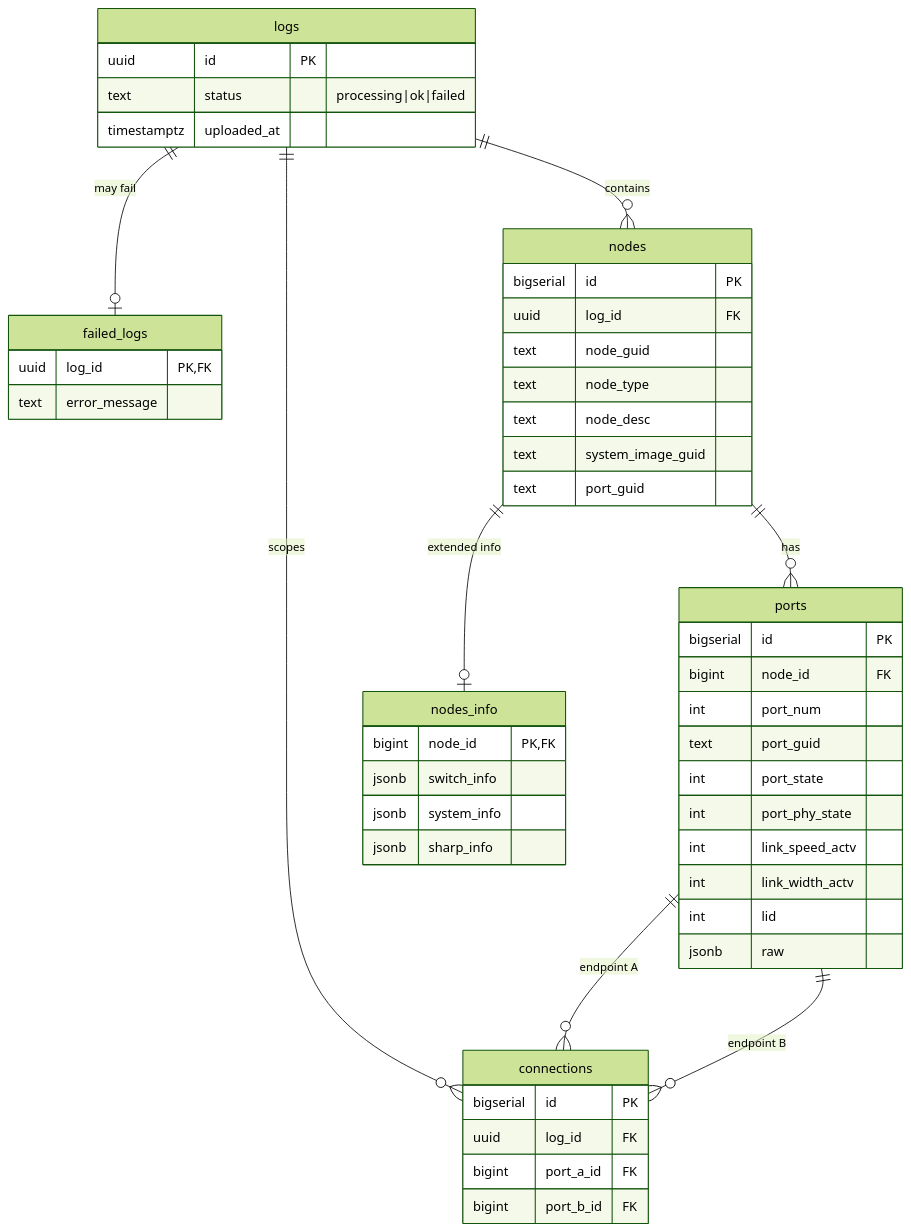
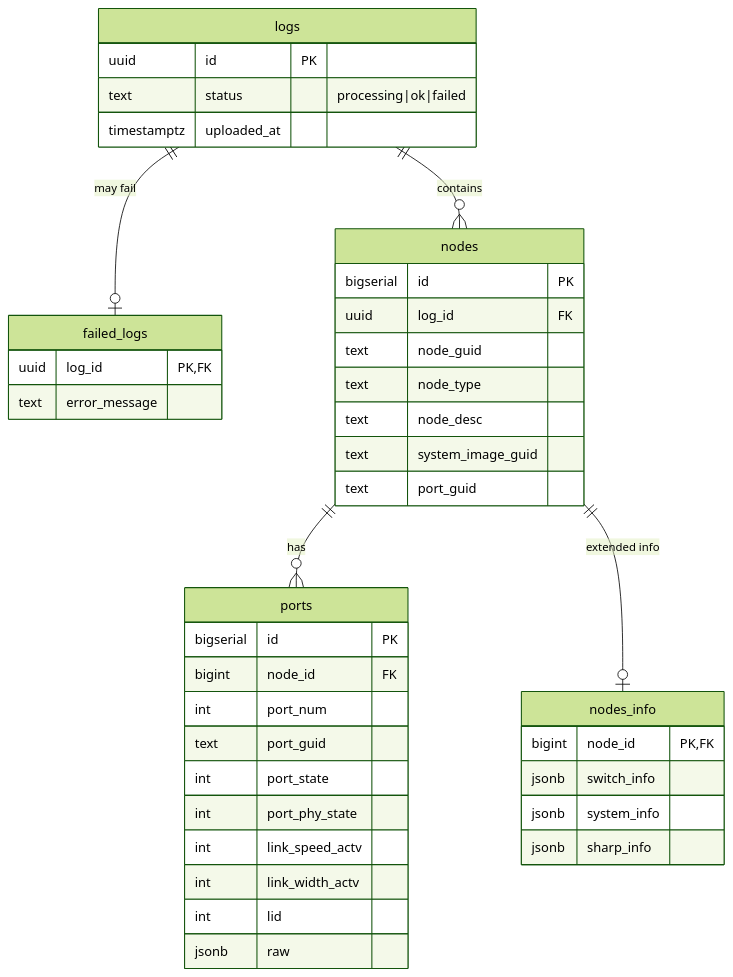
The diagram in docs/erd.md (6ermvH/log-parser), drawn with Mermaid (forest theme) before and after one commit. The commit also changed 2 other files, not shown here.

Commit message:
docs(c3-components, erd, sequences): remove connections entity

````diff
--- a/docs/erd.md
+++ b/docs/erd.md
@@ -3,58 +3,48 @@
 ```mermaid
 erDiagram
     logs ||--o| failed_logs : "may fail"
     logs ||--o{ nodes : "contains"
-    logs ||--o{ connections : "scopes"
     nodes ||--o{ ports : "has"
     nodes ||--o| nodes_info : "extended info"
-    ports ||--o{ connections : "endpoint A"
-    ports ||--o{ connections : "endpoint B"
 
     logs {
         uuid id PK
         text status "processing|ok|failed"
         timestamptz uploaded_at
     }
 
     failed_logs {
         uuid log_id PK,FK
         text error_message
     }
 
     nodes {
         bigserial id PK
         uuid log_id FK
         text node_guid
         text node_type
         text node_desc
         text system_image_guid
         text port_guid
     }
 
     ports {
         bigserial id PK
         bigint node_id FK
         int port_num
         text port_guid
         int port_state
         int port_phy_state
         int link_speed_actv
         int link_width_actv
         int lid
         jsonb raw
     }
 
     nodes_info {
         bigint node_id PK,FK
         jsonb switch_info
         jsonb system_info
         jsonb sharp_info
     }
-
-    connections {
-        bigserial id PK
-        uuid log_id FK
-        bigint port_a_id FK
-        bigint port_b_id FK
-    }
 ```
````
